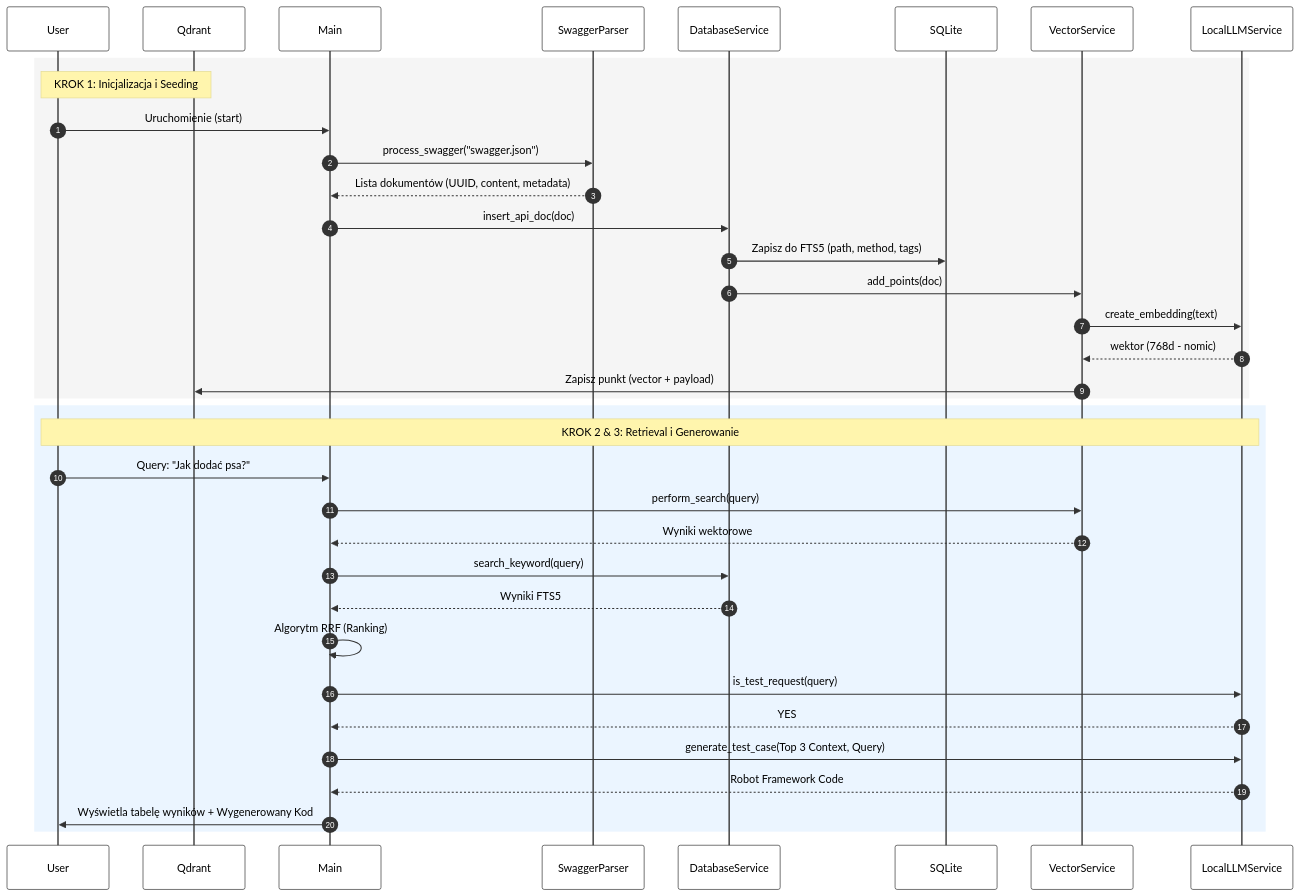
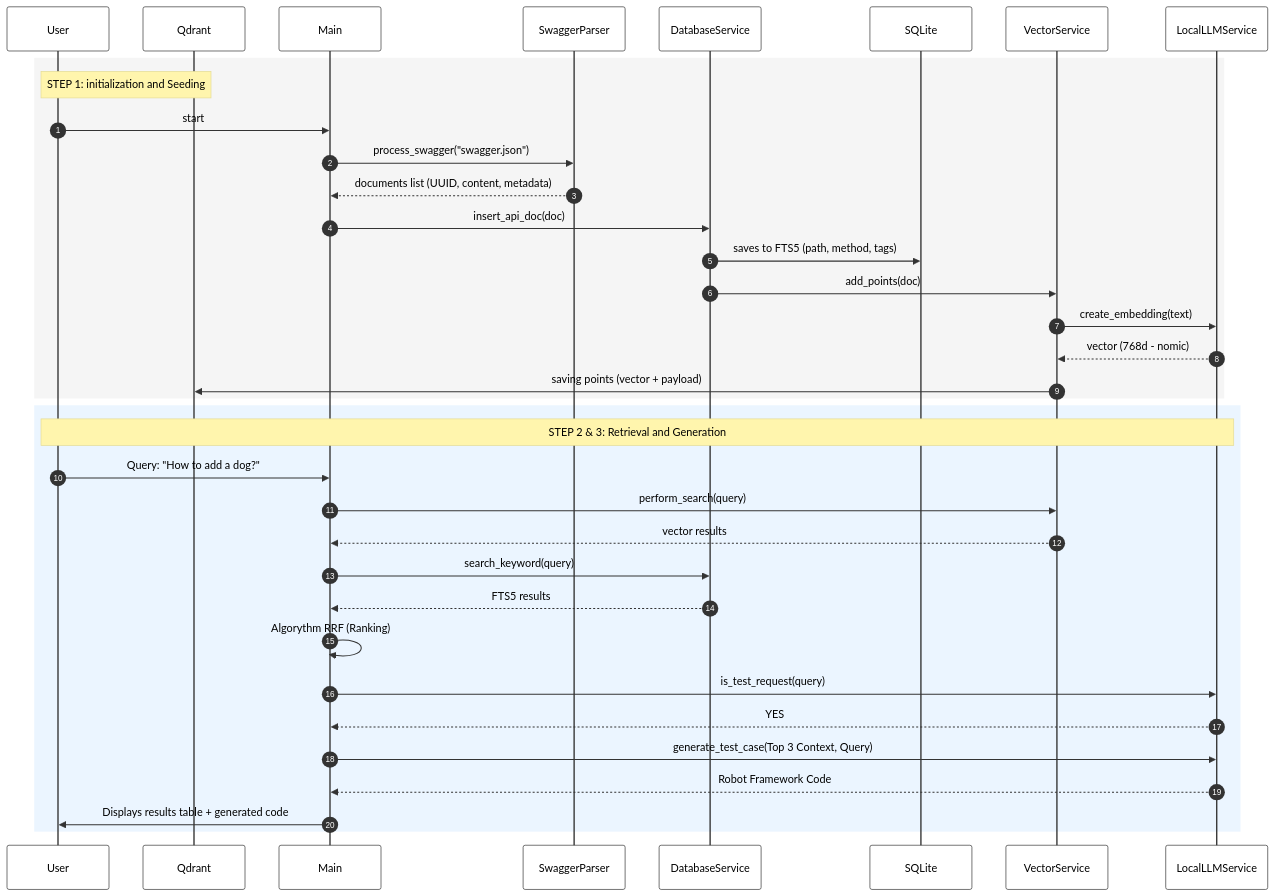
The third of 4 diagrams in Architecture.md (krzysztofzm/RAG-workshop), drawn with Mermaid before and after one commit. The commit also changed other lines of this file and 6 other files, not shown here.

````diff
--- a/Architecture.md
+++ b/Architecture.md
@@ -79,53 +76,53 @@
 ```mermaid
 %%{init: {
   'theme': 'base',
   'themeVariables': {
     'primaryColor': '#ffffff',
     'primaryTextColor': '#000000',
     'primaryBorderColor': '#333333',
     'lineColor': '#333333',
     'secondaryColor': '#f4f4f4',
     'tertiaryColor': '#ffffff',
     'noteTextColor': '#000000',
     'noteBkgColor': '#fff5ad',
     'actorTextColor': '#000000',
     'actorLineColor': '#333333',
     'signalColor': '#333333',
     'signalTextColor': '#000000',
     'labelBoxBkgColor': '#ffffff',
     'labelBoxBorderColor': '#333333',
     'loopTextColor': '#000000',
     'sequenceNumberColor': '#ffffff'
   }
 } }%%
 sequenceDiagram
     autonumber
     
     rect rgb(245, 245, 245)
-    Note over User, Qdrant: KROK 1: Inicjalizacja i Seeding
-    User->>Main: Uruchomienie (start)
+    Note over User, Qdrant: STEP 1: initialization and Seeding
+    User->>Main: start
     Main->>SwaggerParser: process_swagger("swagger.json")
-    SwaggerParser-->>Main: Lista dokumentów (UUID, content, metadata)
+    SwaggerParser-->>Main: documents list (UUID, content, metadata)
     Main->>DatabaseService: insert_api_doc(doc)
-    DatabaseService->>SQLite: Zapisz do FTS5 (path, method, tags)
+    DatabaseService->>SQLite: saves to FTS5 (path, method, tags)
     DatabaseService->>VectorService: add_points(doc)
     VectorService->>LocalLLMService: create_embedding(text)
-    LocalLLMService-->>VectorService: wektor (768d - nomic)
-    VectorService->>Qdrant: Zapisz punkt (vector + payload)
+    LocalLLMService-->>VectorService: vector (768d - nomic)
+    VectorService->>Qdrant: saving points (vector + payload)
     end
 
     rect rgb(235, 245, 255)
-    Note over User, LocalLLMService: KROK 2 & 3: Retrieval i Generowanie
-    User->>Main: Query: "Jak dodać psa?"
+    Note over User, LocalLLMService: STEP 2 & 3: Retrieval and Generation
+    User->>Main: Query: "How to add a dog?"
     Main->>VectorService: perform_search(query)
-    VectorService-->>Main: Wyniki wektorowe
+    VectorService-->>Main: vector results
     Main->>DatabaseService: search_keyword(query)
-    DatabaseService-->>Main: Wyniki FTS5
-    Main->>Main: Algorytm RRF (Ranking)
+    DatabaseService-->>Main: FTS5 results
+    Main->>Main: Algorythm RRF (Ranking)
     Main->>LocalLLMService: is_test_request(query)
     LocalLLMService-->>Main: YES
     Main->>LocalLLMService: generate_test_case(Top 3 Context, Query)
     LocalLLMService-->>Main: Robot Framework Code
-    Main->>User: Wyświetla tabelę wyników + Wygenerowany Kod
+    Main->>User: Displays results table + generated code
     end
 ```
````
